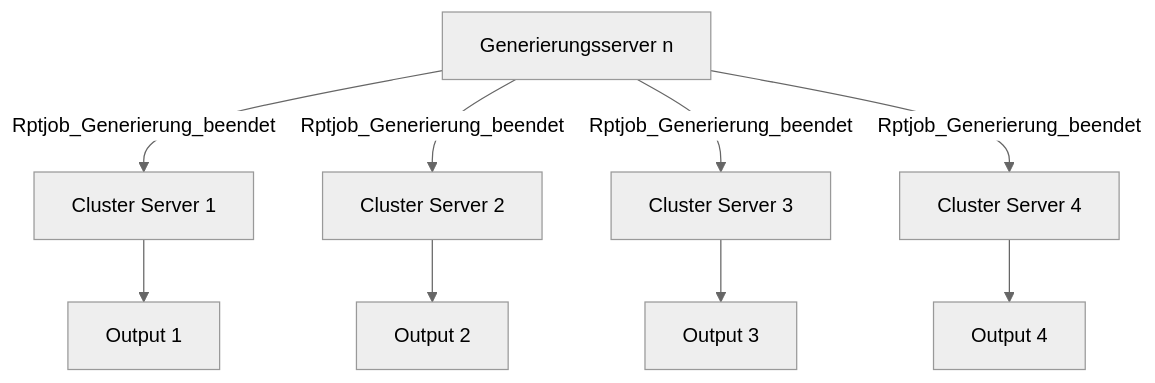
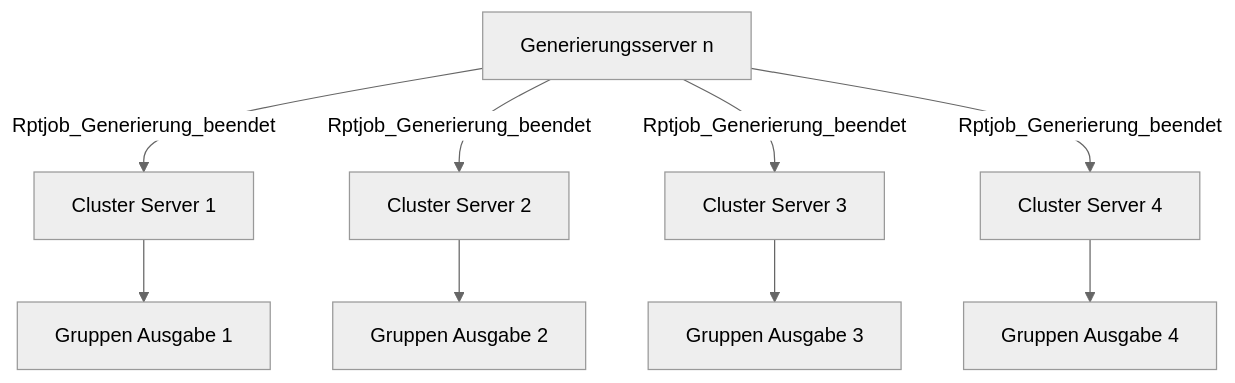
Before and after one commit to BisonSchweizAG/documentation: the first of 2 diagrams in clusterprinting.md, drawn with Mermaid (neutral theme). The commit also changed other lines of this file, not shown here.

Commit message:
Fix group output and event timing

````diff
--- a/clusterprinting.md
+++ b/clusterprinting.md
@@ -10,11 +10,11 @@
 ```mermaid
   graph TD;
       A[Generierungsserver n]--Rptjob_Generierung_beendet-->B[Cluster Server 1];
       A--Rptjob_Generierung_beendet-->C[Cluster Server 2];
       A--Rptjob_Generierung_beendet-->D[Cluster Server 3];
       A--Rptjob_Generierung_beendet-->E[Cluster Server 4];
-      B-->F[Output 1];
-      C-->G[Output 2];
-      D-->H[Output 3];
-      E-->I[Output 4];
+      B-->F[Gruppen Ausgabe 1];
+      C-->G[Gruppen Ausgabe 2];
+      D-->H[Gruppen Ausgabe 3];
+      E-->I[Gruppen Ausgabe 4];
 ```
````
